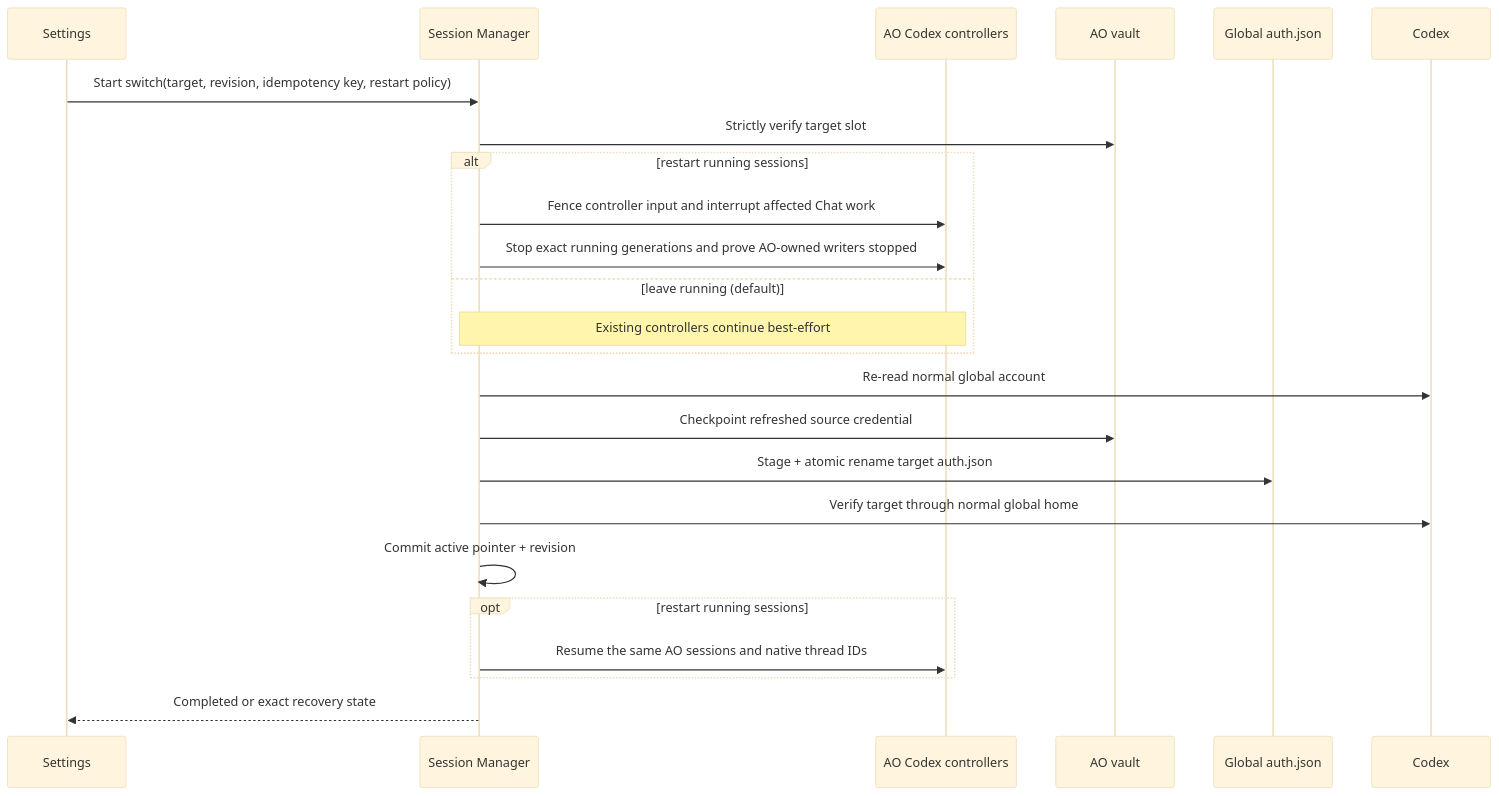
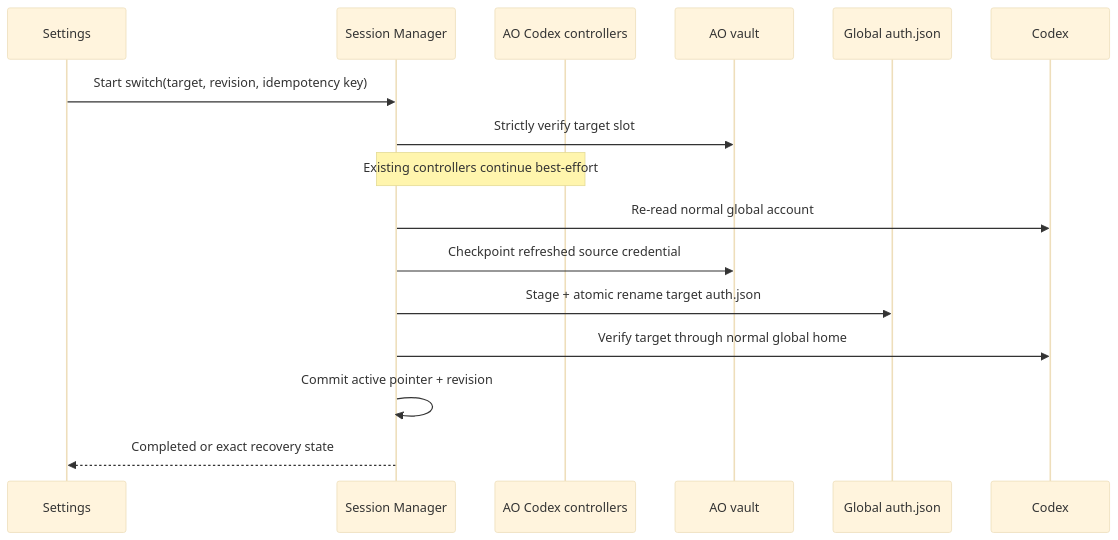
The fourth of 4 diagrams in docs/research/2026-08-31-codex-global-account-management-architecture.md (Untrivial-ai/agent-orchestrator), drawn with Mermaid (base theme) before and after one commit. The commit also changed other lines of this file and 39 other files, not shown here.

Commit message:
refactor(codex): remove legacy account-switch session restart flow

````diff
--- a/docs/research/2026-08-31-codex-global-account-management-architecture.md
+++ b/docs/research/2026-08-31-codex-global-account-management-architecture.md
@@ -131,27 +129,19 @@
 ```mermaid
 sequenceDiagram
     participant UI as Settings
     participant SM as Session Manager
     participant AO as AO Codex controllers
     participant V as AO vault
     participant G as Global auth.json
     participant C as Codex
 
-    UI->>SM: Start switch(target, revision, idempotency key, restart policy)
+    UI->>SM: Start switch(target, revision, idempotency key)
     SM->>V: Strictly verify target slot
-    alt restart running sessions
-        SM->>AO: Fence controller input and interrupt affected Chat work
-        SM->>AO: Stop exact running generations and prove AO-owned writers stopped
-    else leave running (default)
-        Note over SM,AO: Existing controllers continue best-effort
-    end
+    Note over SM,AO: Existing controllers continue best-effort
     SM->>C: Re-read normal global account
     SM->>V: Checkpoint refreshed source credential
     SM->>G: Stage + atomic rename target auth.json
     SM->>C: Verify target through normal global home
     SM->>SM: Commit active pointer + revision
-    opt restart running sessions
-        SM->>AO: Resume the same AO sessions and native thread IDs
-    end
     SM-->>UI: Completed or exact recovery state
 ```
````
